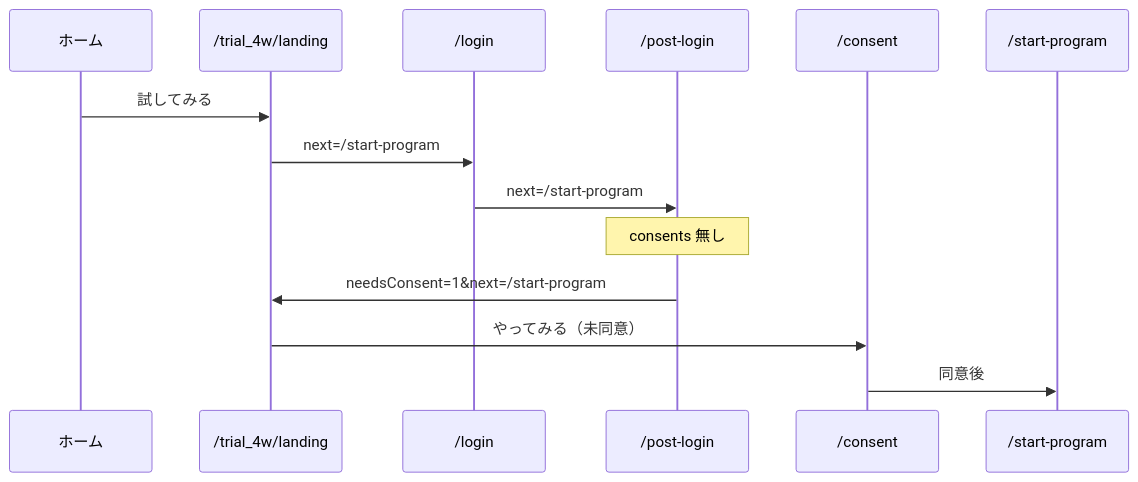
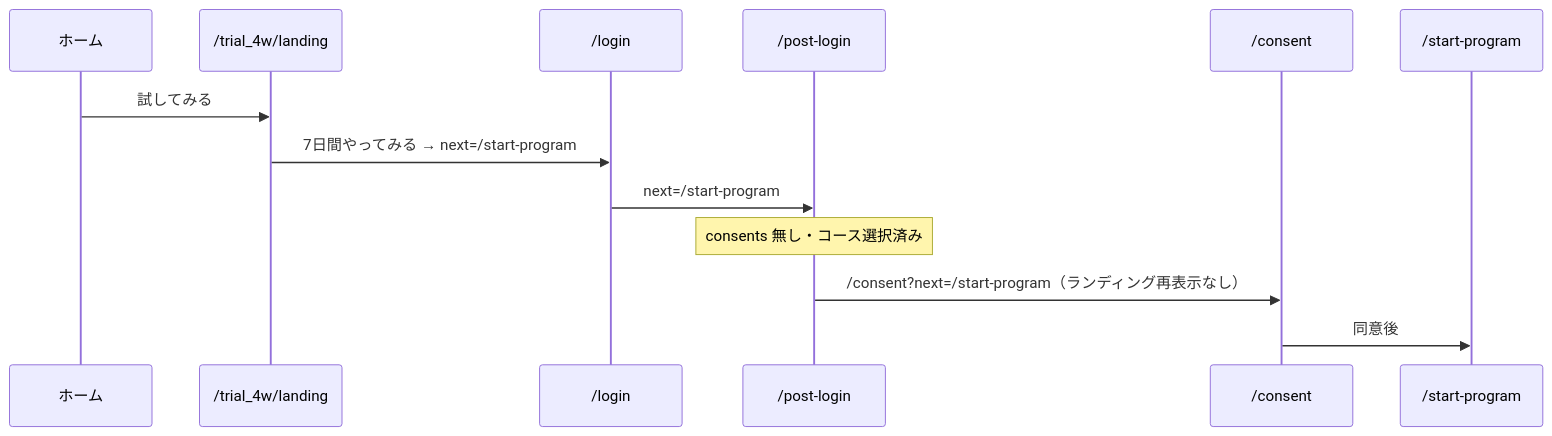
One commit to Tatsuro-Ikawa/project-02-manabiba changed the third of 15 diagrams in docs/manabiba_01/04_SUBSCRIPTION_STATE_TRANSITIONS.md. Above: the diagram before and after it, drawn with Mermaid. The commit also changed other lines of this file and 26 other files, not shown here.

````diff
--- a/docs/manabiba_01/04_SUBSCRIPTION_STATE_TRANSITIONS.md
+++ b/docs/manabiba_01/04_SUBSCRIPTION_STATE_TRANSITIONS.md
@@ -134,17 +196,16 @@
 ```mermaid
 sequenceDiagram
   participant H as ホーム
   participant LD as /trial_4w/landing
   participant L as /login
   participant P as /post-login
   participant C as /consent
   participant S as /start-program
 
   H->>LD: 試してみる
-  LD->>L: next=/start-program
+  LD->>L: 7日間やってみる → next=/start-program
   L->>P: next=/start-program
-  Note over P: consents 無し
-  P->>LD: needsConsent=1&next=/start-program
-  LD->>C: やってみる（未同意）
+  Note over P: consents 無し・コース選択済み
+  P->>C: /consent?next=/start-program（ランディング再表示なし）
   C->>S: 同意後
 ```
````
